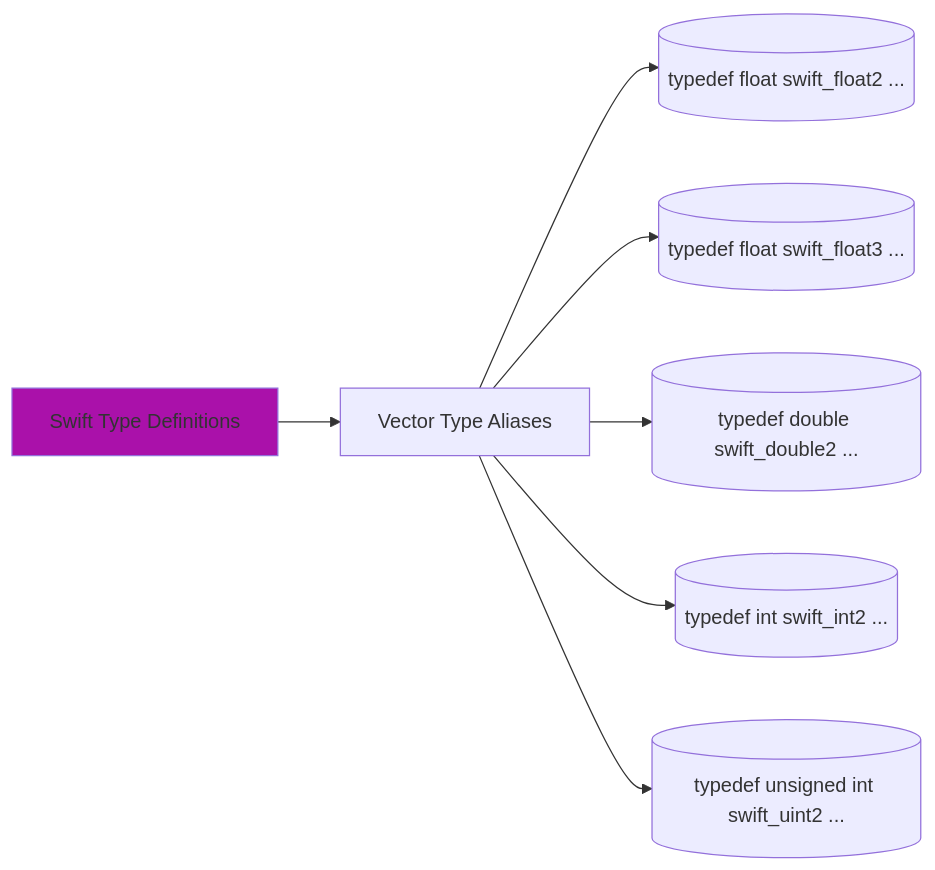
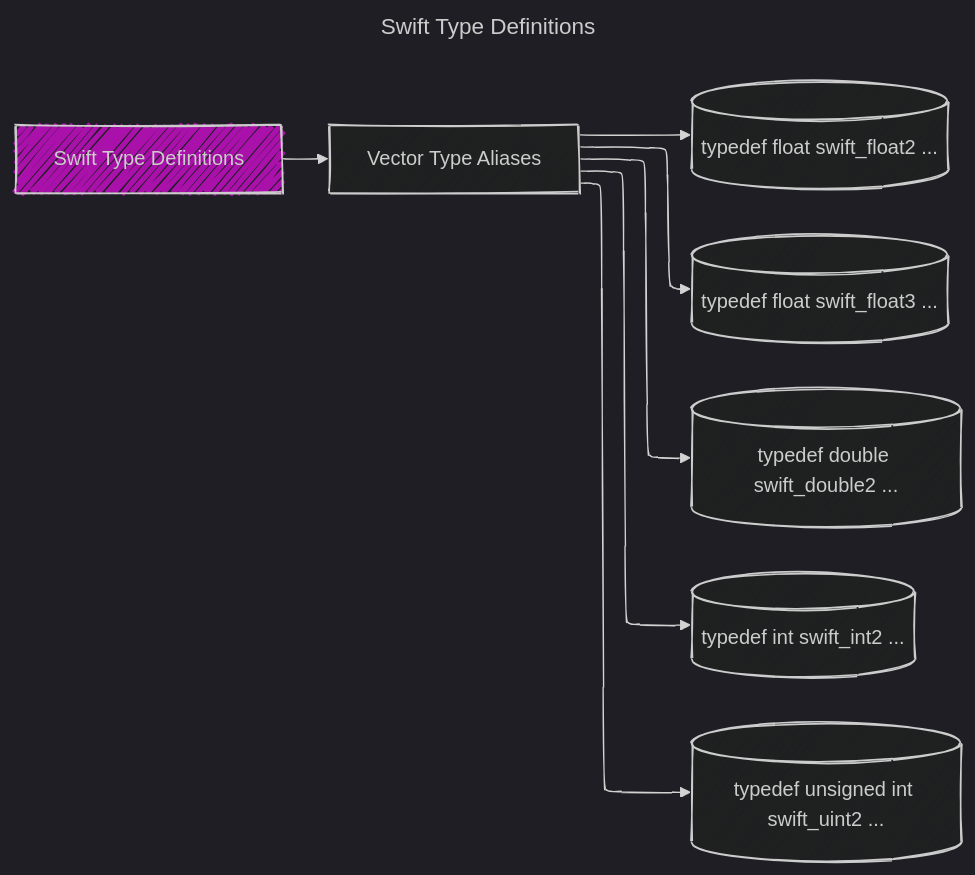
The fourth of 7 diagrams in Reversing_Engineer_through_Interfaces/Swift-generated_header_file_in_Mermaid.md (CongLeSolutionX/iOS-development-vault), drawn with Mermaid before and after one commit. The commit also changed other lines of this file and 8 other files, not shown here.

````diff
--- a/Reversing_Engineer_through_Interfaces/Swift-generated_header_file_in_Mermaid.md
+++ b/Reversing_Engineer_through_Interfaces/Swift-generated_header_file_in_Mermaid.md
@@ -98,11 +119,18 @@
 ```mermaid
+---
+title: Swift Type Definitions
+config:
+  layout: elk
+  look: handDrawn
+  theme: dark
+---
 graph LR
     A[Swift Type Definitions] --> B[Vector Type Aliases];
         B --> B1[("typedef float swift_float2 ...")];
         B --> B2[("typedef float swift_float3 ...")];
         B --> B3[("typedef double swift_double2 ...")];
       	B --> B4[("typedef int swift_int2 ...")];
         B --> B5[("typedef unsigned int swift_uint2 ...")];
 
 style A fill:#a1af;
 ```
````
